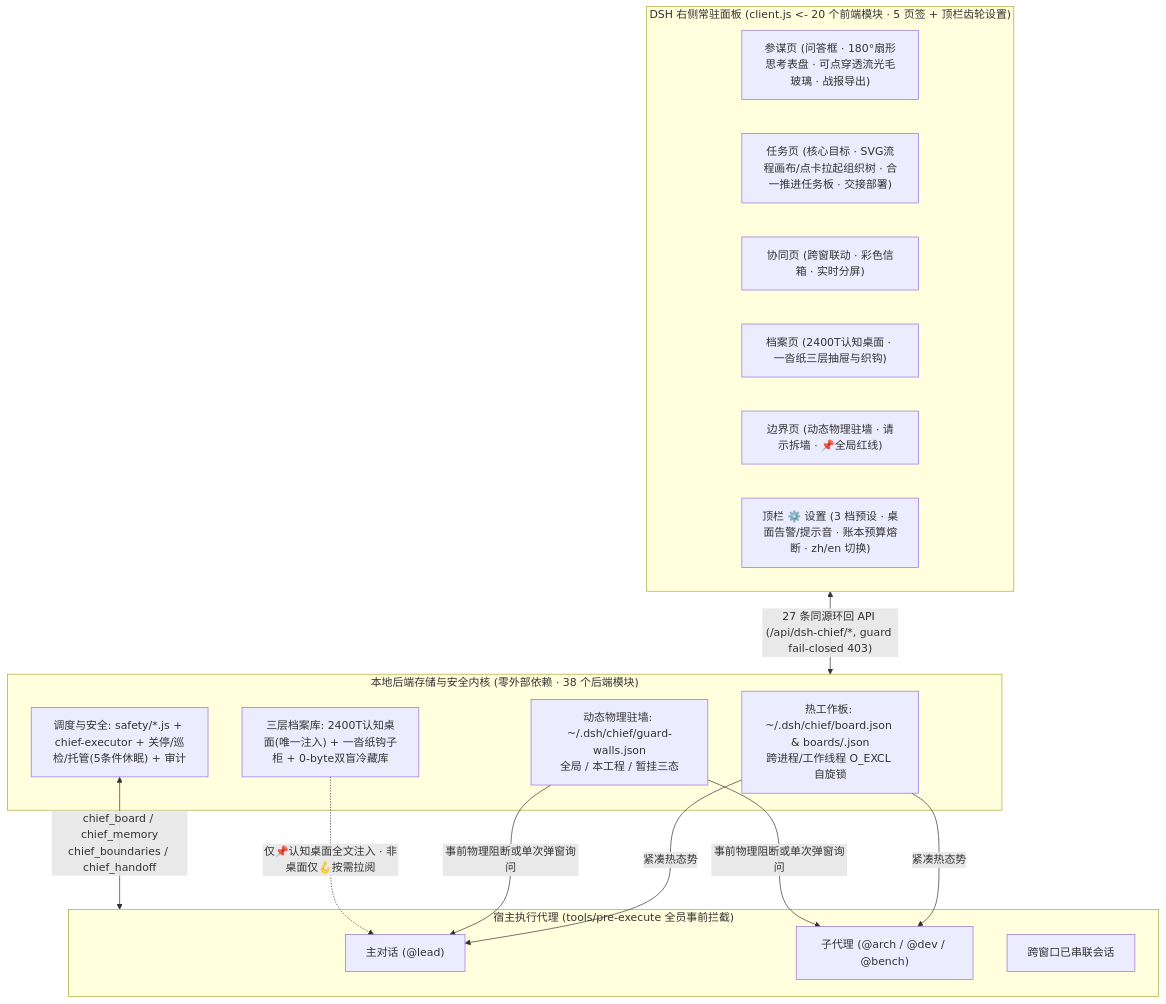
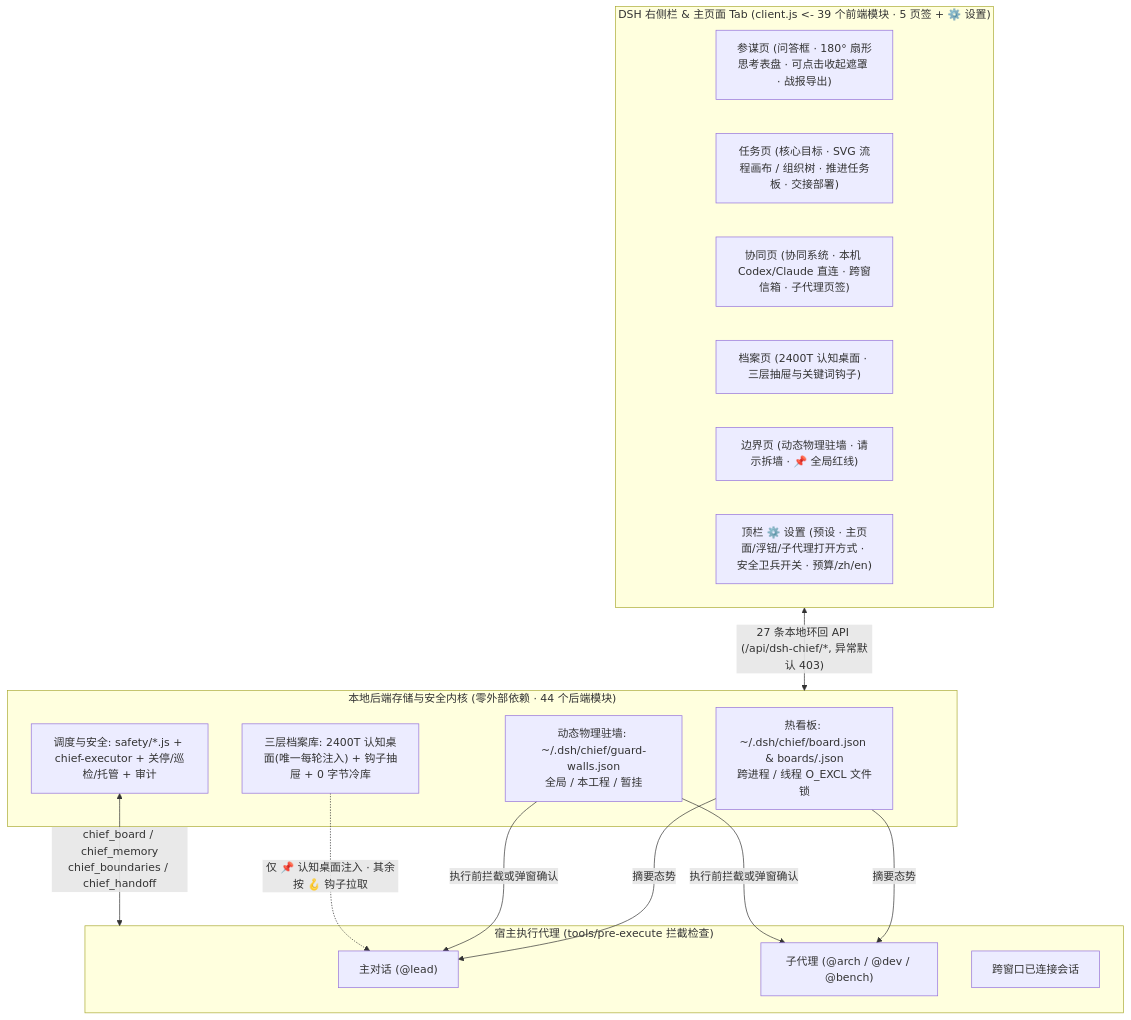
The third of 3 diagrams in data/readmes/gluztm__dsh-chief.md (zqf20096327/ai_collect), drawn with Mermaid before and after one commit. The commit also changed other lines of this file and 1623 other files, not shown here.

````diff
--- a/data/readmes/gluztm__dsh-chief.md
+++ b/data/readmes/gluztm__dsh-chief.md
@@ -314,32 +352,32 @@
 ```mermaid
 flowchart TB
-  subgraph UI["DSH 右侧常驻面板 (client.js <- 20 个前端模块 · 5 页签 + 顶栏齿轮设置)"]
-    T1["参谋页 (问答框 · 180°扇形思考表盘 · 可点穿透流光毛玻璃 · 战报导出)"]
-    T2["任务页 (核心目标 · SVG流程画布/点卡拉起组织树 · 合一推进任务板 · 交接部署)"]
-    T3["协同页 (跨窗联动 · 彩色信箱 · 实时分屏)"]
-    T5["档案页 (2400T认知桌面 · 一沓纸三层抽屉与织钩)"]
-    T6["边界页 (动态物理驻墙 · 请示拆墙 · 📌全局红线)"]
-    T7["顶栏 ⚙️ 设置 (3 档预设 · 桌面告警/提示音 · 账本预算熔断 · zh/en 切换)"]
+  subgraph UI["DSH 右侧栏 & 主页面 Tab (client.js <- 39 个前端模块 · 5 页签 + ⚙️ 设置)"]
+    T1["参谋页 (问答框 · 180° 扇形思考表盘 · 可点击收起遮罩 · 战报导出)"]
+    T2["任务页 (核心目标 · SVG 流程画布 / 组织树 · 推进任务板 · 交接部署)"]
+    T3["协同页 (协同系统 · 本机 Codex/Claude 直连 · 跨窗信箱 · 子代理页签)"]
+    T5["档案页 (2400T 认知桌面 · 三层抽屉与关键词钩子)"]
+    T6["边界页 (动态物理驻墙 · 请示拆墙 · 📌 全局红线)"]
+    T7["顶栏 ⚙️ 设置 (预设 · 主页面/浮钮/子代理打开方式 · 安全卫兵开关 · 预算/zh/en)"]
   end
 
-  subgraph Core["本地后端存储与安全内核 (零外部依赖 · 38 个后端模块)"]
-    Hot["热工作板: ~/.dsh/chief/board.json & boards/<sid>.json\n跨进程/工作线程 O_EXCL 自旋锁"]
-    Walls["动态物理驻墙: ~/.dsh/chief/guard-walls.json\n全局 / 本工程 / 暂挂三态"]
-    Cold["三层档案库: 2400T认知桌面(唯一注入) + 一沓纸钩子柜 + 0-byte双盲冷藏库"]
-    Bus["调度与安全: safety/*.js + chief-executor + 关停/巡检/托管(5条件休眠) + 审计"]
+  subgraph Core["本地后端存储与安全内核 (零外部依赖 · 44 个后端模块)"]
+    Hot["热看板: ~/.dsh/chief/board.json & boards/<sid>.json\n跨进程 / 线程 O_EXCL 文件锁"]
+    Walls["动态物理驻墙: ~/.dsh/chief/guard-walls.json\n全局 / 本工程 / 暂挂"]
+    Cold["三层档案库: 2400T 认知桌面(唯一每轮注入) + 钩子抽屉 + 0 字节冷库"]
+    Bus["调度与安全: safety/*.js + chief-executor + 关停/巡检/托管 + 审计"]
   end
 
-  subgraph Agents["宿主执行代理 (tools/pre-execute 全员事前拦截)"]
+  subgraph Agents["宿主执行代理 (tools/pre-execute 拦截检查)"]
     Lead["主对话 (@lead)"]
     Subs["子代理 (@arch / @dev / @bench)"]
-    Peers["跨窗口已串联会话"]
+    Peers["跨窗口已连接会话"]
   end
 
-  UI <-->|"27 条同源环回 API (/api/dsh-chief/*, guard fail-closed 403)"| Core
-  Hot -->|"紧凑热态势"| Lead
-  Hot -->|"紧凑热态势"| Subs
-  Walls -->|"事前物理阻断或单次弹窗询问"| Lead
-  Walls -->|"事前物理阻断或单次弹窗询问"| Subs
-  Cold -.->|"仅📌认知桌面全文注入 · 非桌面仅🪝按需拉阅"| Lead
+  UI <-->|"27 条本地环回 API (/api/dsh-chief/*, 异常默认 403)"| Core
+  Hot -->|"摘要态势"| Lead
+  Hot -->|"摘要态势"| Subs
+  Walls -->|"执行前拦截或弹窗确认"| Lead
+  Walls -->|"执行前拦截或弹窗确认"| Subs
+  Cold -.->|"仅 📌 认知桌面注入 · 其余按 🪝 钩子拉取"| Lead
   Bus <-->|"chief_board / chief_memory\nchief_boundaries / chief_handoff"| Agents
 ```
````
